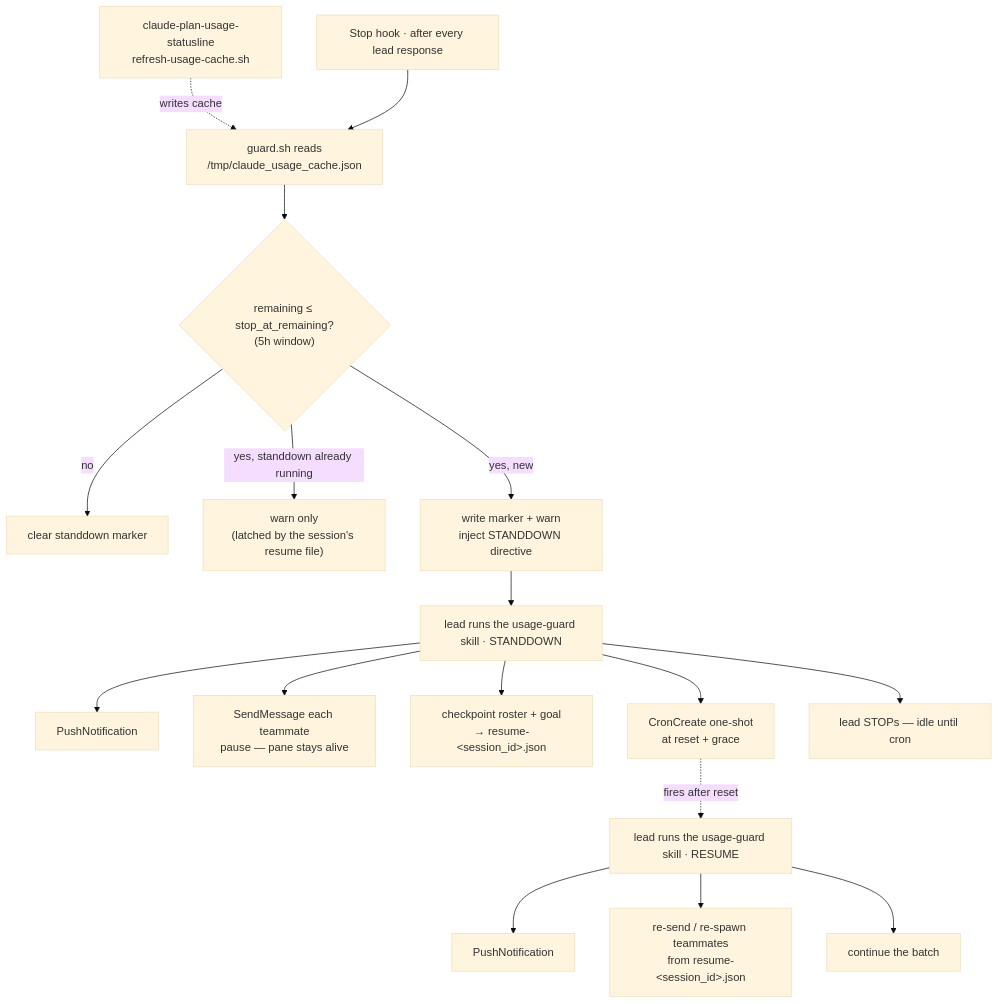
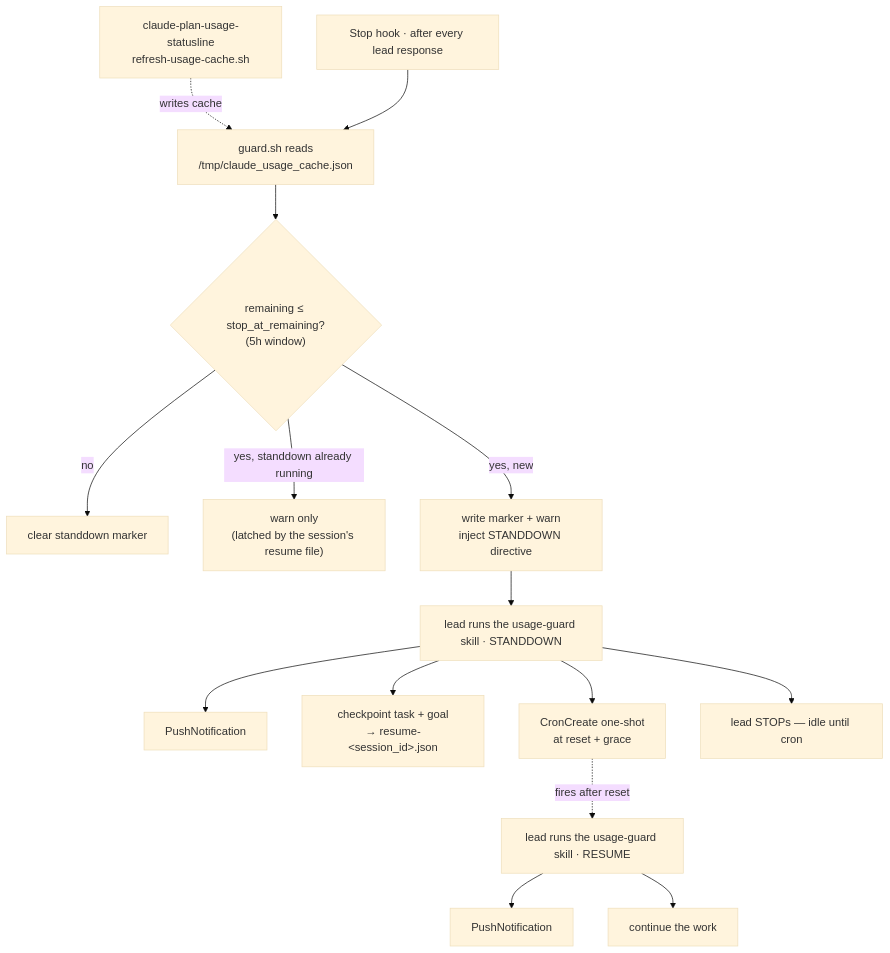
The diagram in README.md (romacv/claude-usage-guard), drawn with Mermaid (base theme) before and after one commit. The commit also changed other lines of this file and 3 other files, not shown here.

````diff
--- a/README.md
+++ b/README.md
@@ -24,21 +24,19 @@
 ```mermaid
 flowchart TD
     P["claude-plan-usage-statusline<br/>refresh-usage-cache.sh"] -. writes cache .-> B
     A["Stop hook · after every lead response"] --> B["guard.sh reads<br/>/tmp/claude_usage_cache.json"]
     B --> C{"remaining ≤ stop_at_remaining?<br/>(5h window)"}
     C -->|no| E["clear standdown marker"]
     C -->|yes, standdown already running| W["warn only<br/>(latched by the session's resume file)"]
     C -->|yes, new| F["write marker + warn<br/>inject STANDDOWN directive"]
 
     F --> G["lead runs the usage-guard skill · STANDDOWN"]
     G --> N1["PushNotification"]
-    G --> T["SendMessage each teammate<br/>pause — pane stays alive"]
-    G --> R["checkpoint roster + goal<br/>→ resume-&lt;session_id&gt;.json"]
+    G --> R["checkpoint task + goal<br/>→ resume-&lt;session_id&gt;.json"]
     G --> K["CronCreate one-shot<br/>at reset + grace"]
     G --> S["lead STOPs — idle until cron"]
 
     K -.fires after reset.-> Z["lead runs the usage-guard skill · RESUME"]
     Z --> N2["PushNotification"]
-    Z --> RH["re-send / re-spawn teammates<br/>from resume-&lt;session_id&gt;.json"]
-    Z --> CO["continue the batch"]
+    Z --> CO["continue the work"]
 ```
````
